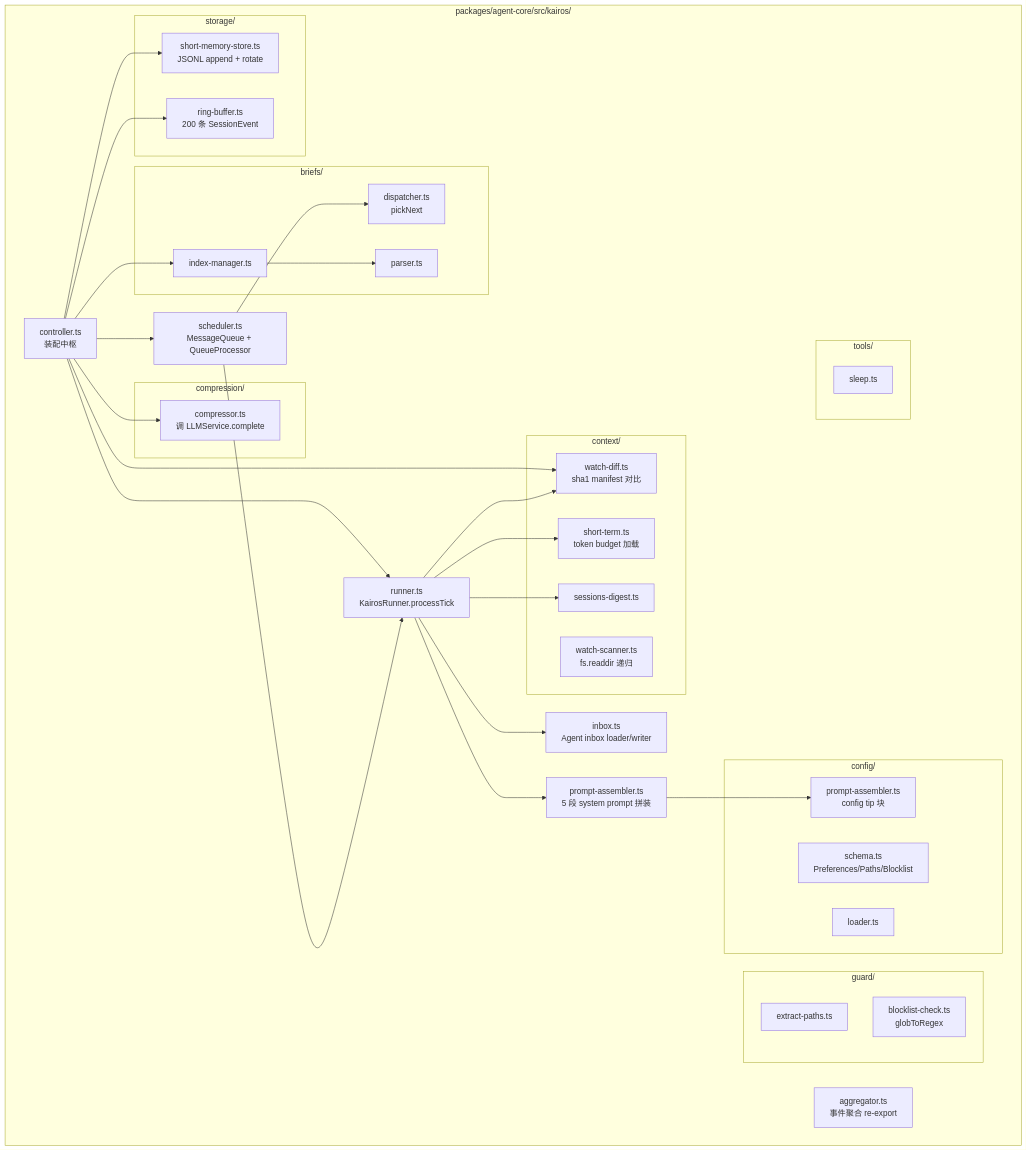
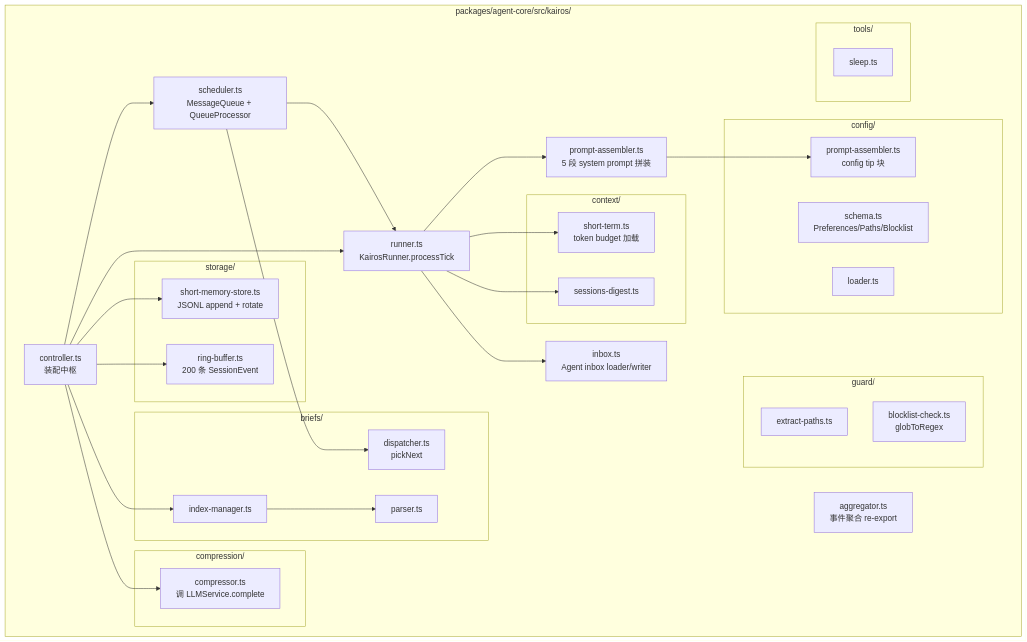
One commit to WakeUp-Jin/actspace-agent changed the diagram in docs/design-docs/agent-current-module-map.md. Above: the diagram before and after it, drawn with Mermaid. The commit also changed other lines of this file and 89 other files, not shown here.

````diff
--- a/docs/design-docs/agent-current-module-map.md
+++ b/docs/design-docs/agent-current-module-map.md
@@ -116,65 +116,61 @@
 ```mermaid
 flowchart TB
   subgraph kairos[packages/agent-core/src/kairos/]
     Controller[controller.ts<br/>装配中枢]
     Scheduler[scheduler.ts<br/>MessageQueue + QueueProcessor]
     Runner[runner.ts<br/>KairosRunner.processTick]
     PromptAsm[prompt-assembler.ts<br/>5 段 system prompt 拼装]
     Inbox[inbox.ts<br/>Agent inbox loader/writer]
     Aggregator[aggregator.ts<br/>事件聚合 re-export]
 
     subgraph cfg[config/]
       Schema[schema.ts<br/>Preferences/Paths/Blocklist]
       Loader[loader.ts]
       CfgPrompt[prompt-assembler.ts<br/>config tip 块]
     end
 
     subgraph store[storage/]
       ShortMem[short-memory-store.ts<br/>JSONL append + rotate]
       Ring[ring-buffer.ts<br/>200 条 SessionEvent]
     end
 
     subgraph ctx[context/]
       ShortTerm[short-term.ts<br/>token budget 加载]
-      WatchScan[watch-scanner.ts<br/>fs.readdir 递归]
-      WatchDiff[watch-diff.ts<br/>sha1 manifest 对比]
       SessDigest[sessions-digest.ts]
     end
 
     subgraph briefs[briefs/]
       BParser[parser.ts]
       BIndex[index-manager.ts]
       BDispatch[dispatcher.ts<br/>pickNext]
     end
 
     subgraph guard[guard/]
       Extract[extract-paths.ts]
       Block[blocklist-check.ts<br/>globToRegex]
     end
 
     subgraph compress[compression/]
       Compressor[compressor.ts<br/>调 LLMService.complete]
     end
 
     subgraph tools[tools/]
       SleepTool[sleep.ts]
     end
   end
 
   Controller --> Scheduler
   Controller --> Runner
   Controller --> ShortMem
   Controller --> Ring
   Controller --> BIndex
-  Controller --> WatchDiff
   Controller --> Compressor
   Scheduler --> Runner
   Scheduler --> BDispatch
   Runner --> PromptAsm
   Runner --> ShortTerm
-  Runner --> WatchDiff
   Runner --> SessDigest
   Runner --> Inbox
   PromptAsm --> CfgPrompt
   BIndex --> BParser
 ```
````
